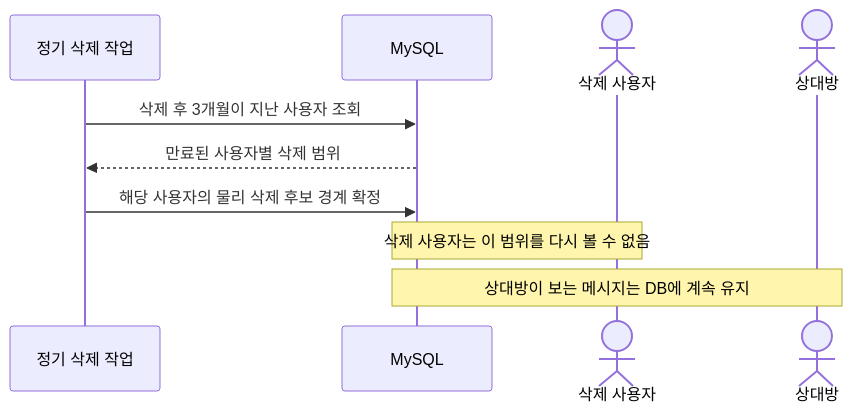
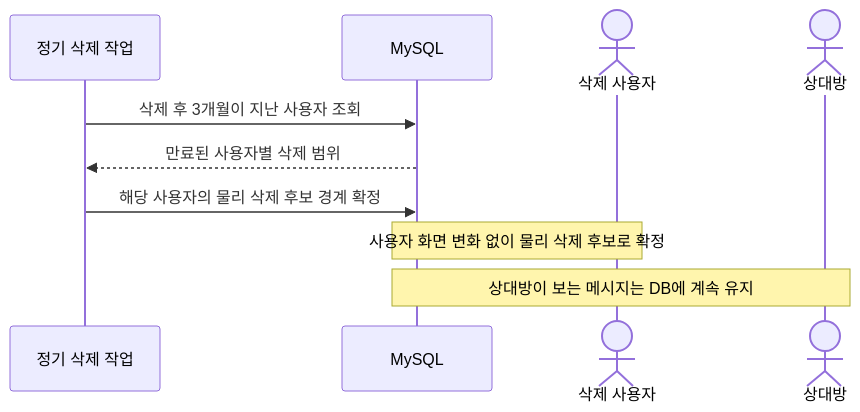
Before and after one commit to jameskim9509/Kohere-backend: the second of 5 diagrams in docs/architecture/chat/future/03-sequence-diagrams.md, drawn with Mermaid. The commit also changed other lines of this file and 57 other files, not shown here.

````diff
--- a/docs/architecture/chat/future/03-sequence-diagrams.md
+++ b/docs/architecture/chat/future/03-sequence-diagrams.md
@@ -7,13 +30,13 @@
 ```mermaid
 sequenceDiagram
     participant JOB as 정기 삭제 작업
     participant DB as MySQL
     actor U as 삭제 사용자
     actor O as 상대방
 
     JOB->>DB: 삭제 후 3개월이 지난 사용자 조회
     DB-->>JOB: 만료된 사용자별 삭제 범위
     JOB->>DB: 해당 사용자의 물리 삭제 후보 경계 확정
-    Note over U,DB: 삭제 사용자는 이 범위를 다시 볼 수 없음
+    Note over U,DB: 사용자 화면 변화 없이 물리 삭제 후보로 확정
     Note over O,DB: 상대방이 보는 메시지는 DB에 계속 유지
 ```
````
